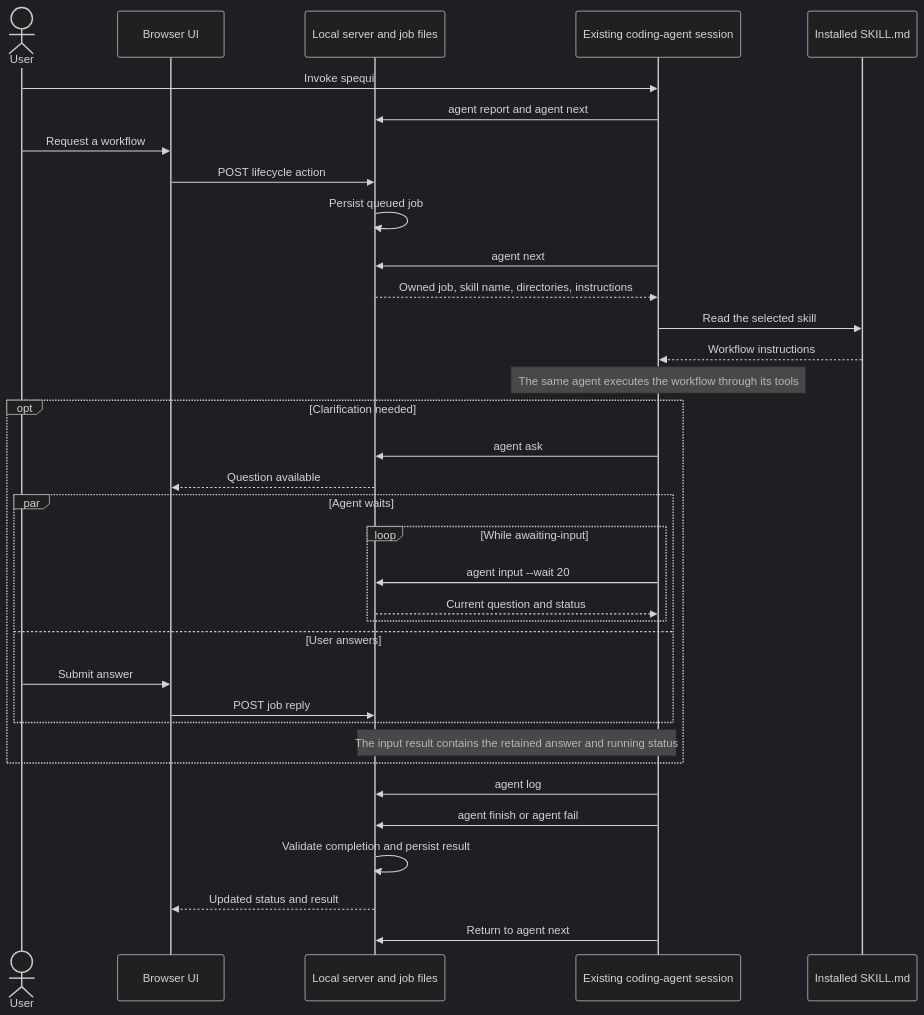
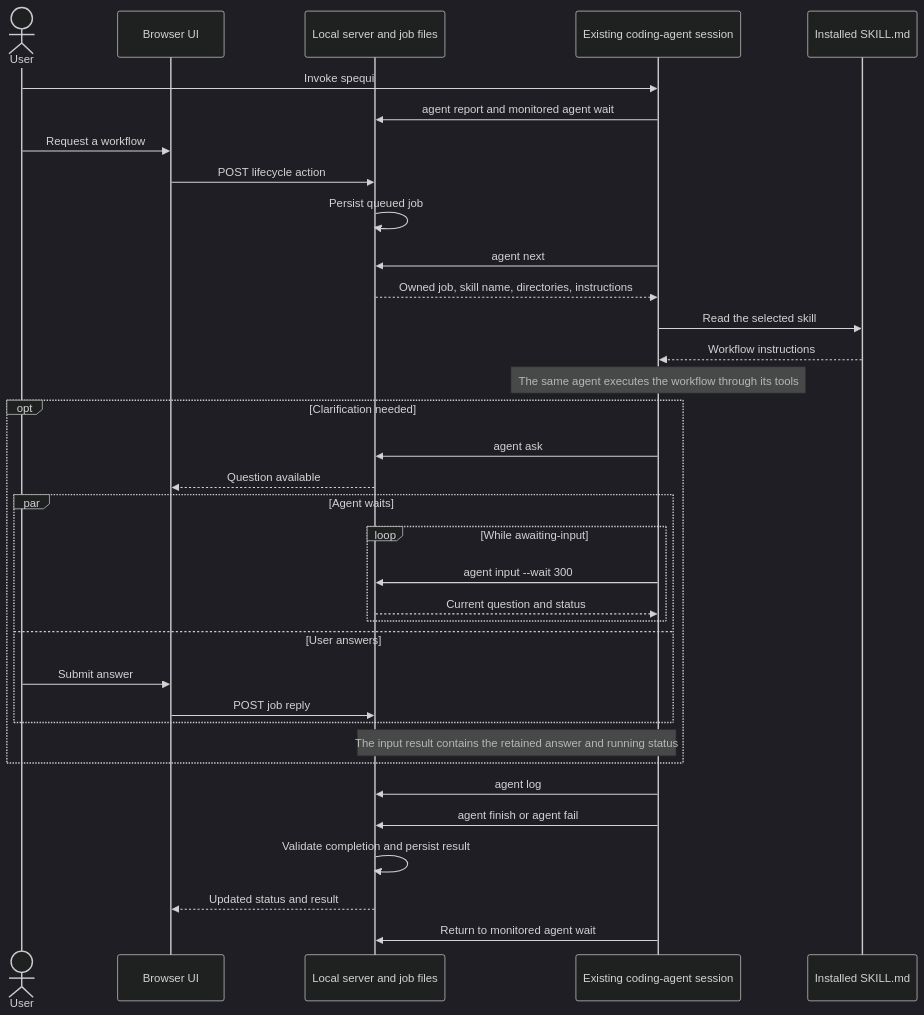
One commit to rahulnjs/spequi changed the diagram in docs/agent-workflow.md. Above: the diagram before and after it, drawn with Mermaid (dark theme). The commit also changed other lines of this file and 63 other files, not shown here.

````diff
--- a/docs/agent-workflow.md
+++ b/docs/agent-workflow.md
@@ -431,38 +420,38 @@
 ```mermaid
 sequenceDiagram
     actor User
     participant UI as Browser UI
     participant App as Local server and job files
     participant Agent as Existing coding-agent session
     participant Skill as Installed SKILL.md
 
     User->>Agent: Invoke spequi
-    Agent->>App: agent report and agent next
+    Agent->>App: agent report and monitored agent wait
     User->>UI: Request a workflow
     UI->>App: POST lifecycle action
     App->>App: Persist queued job
     Agent->>App: agent next
     App-->>Agent: Owned job, skill name, directories, instructions
     Agent->>Skill: Read the selected skill
     Skill-->>Agent: Workflow instructions
     Note over Agent: The same agent executes the workflow through its tools
     opt Clarification needed
         Agent->>App: agent ask
         App-->>UI: Question available
         par Agent waits
             loop While awaiting-input
-                Agent->>App: agent input --wait 20
+                Agent->>App: agent input --wait 300
                 App-->>Agent: Current question and status
             end
         and User answers
             User->>UI: Submit answer
             UI->>App: POST job reply
         end
         Note over Agent,App: The input result contains the retained answer and running status
     end
     Agent->>App: agent log
     Agent->>App: agent finish or agent fail
     App->>App: Validate completion and persist result
     App-->>UI: Updated status and result
-    Agent->>App: Return to agent next
+    Agent->>App: Return to monitored agent wait
 ```
````
